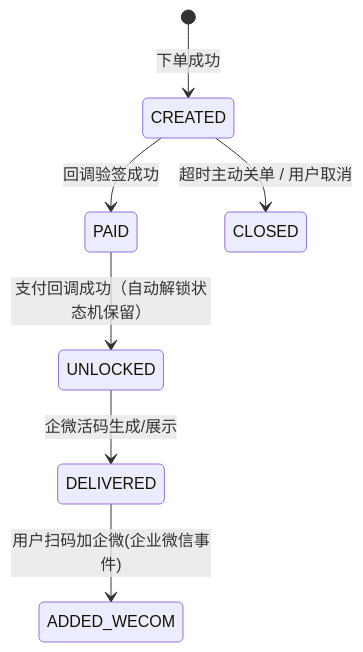
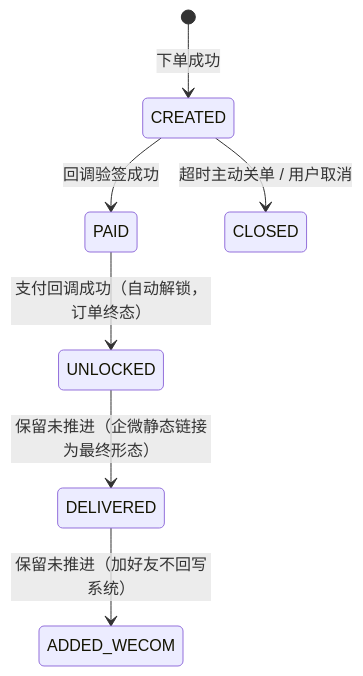
Before and after one commit to LiquorXR/yycs: the fourth of 5 diagrams in doc/开发文档.md, drawn with Mermaid. The commit also changed other lines of this file and 10 other files, not shown here.

````diff
--- a/doc/开发文档.md
+++ b/doc/开发文档.md
@@ -162,9 +160,9 @@
 ```mermaid
 stateDiagram-v2
     [*] --> CREATED: 下单成功
     CREATED --> PAID: 回调验签成功
     CREATED --> CLOSED: 超时主动关单 / 用户取消
-    PAID --> UNLOCKED: 支付回调成功（自动解锁状态机保留）
-    UNLOCKED --> DELIVERED: 企微活码生成/展示
-    DELIVERED --> ADDED_WECOM: 用户扫码加企微(企业微信事件)
+    PAID --> UNLOCKED: 支付回调成功（自动解锁，订单终态）
+    UNLOCKED --> DELIVERED: 保留未推进（企微静态链接为最终形态）
+    DELIVERED --> ADDED_WECOM: 保留未推进（加好友不回写系统）
 ```
````
